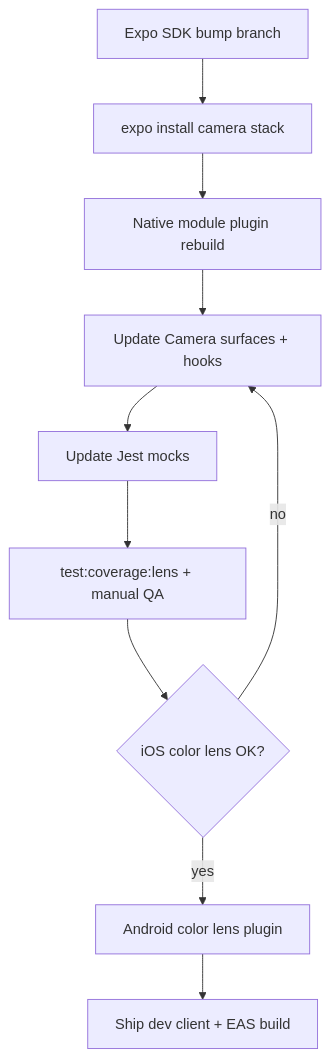
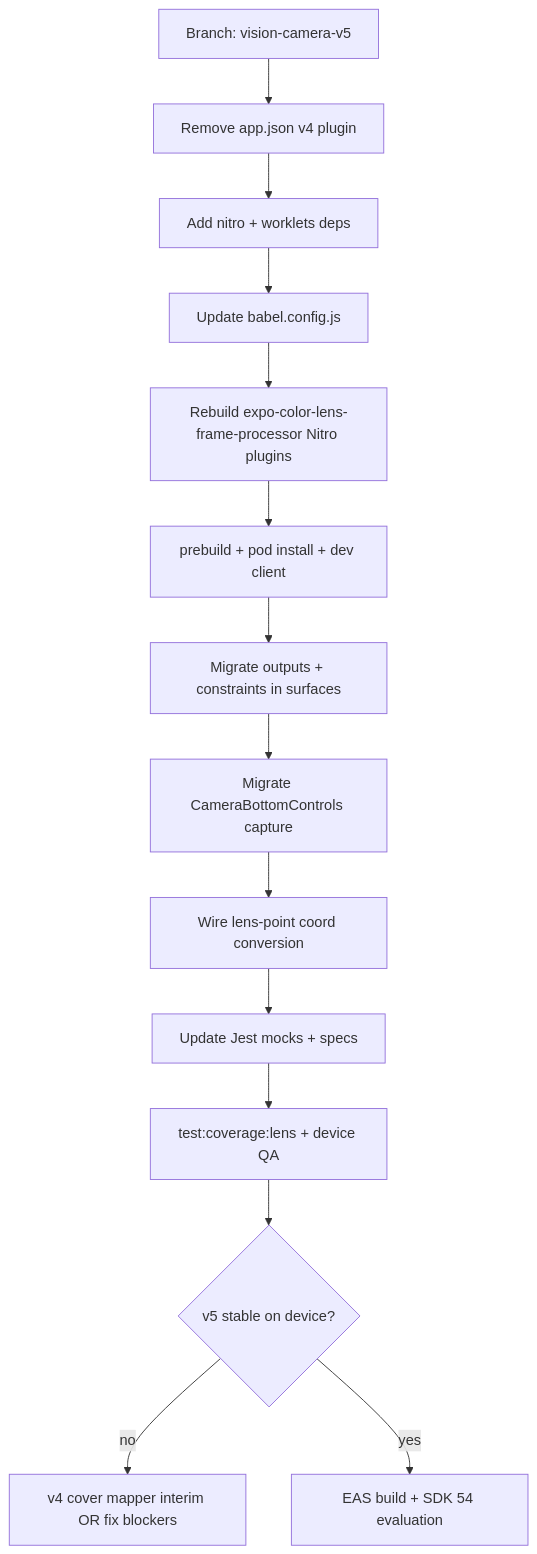
One commit to keithbmccall/affirmations changed the diagram in lib/features/Lens/VISION_CAMERA_V5_MIGRATION.md. Above: the diagram before and after it, drawn with Mermaid. The commit also changed other lines of this file, not shown here.

````diff
--- a/lib/features/Lens/VISION_CAMERA_V5_MIGRATION.md
+++ b/lib/features/Lens/VISION_CAMERA_V5_MIGRATION.md
@@ -81,12 +174,16 @@
 ```mermaid
 flowchart TD
-  A[Expo SDK bump branch] --> B[expo install camera stack]
-  B --> C[Native module plugin rebuild]
-  C --> D[Update Camera surfaces + hooks]
-  D --> E[Update Jest mocks]
-  E --> F[test:coverage:lens + manual QA]
-  F --> G{iOS color lens OK?}
-  G -->|yes| H[Android color lens plugin]
-  G -->|no| D
-  H --> I[Ship dev client + EAS build]
+  A[Branch: vision-camera-v5] --> B[Remove app.json v4 plugin]
+  B --> C[Add nitro + worklets deps]
+  C --> D[Update babel.config.js]
+  D --> E[Rebuild expo-color-lens-frame-processor Nitro plugins]
+  E --> F[prebuild + pod install + dev client]
+  F --> G[Migrate outputs + constraints in surfaces]
+  G --> H[Migrate CameraBottomControls capture]
+  H --> I[Wire lens-point coord conversion]
+  I --> J[Update Jest mocks + specs]
+  J --> K[test:coverage:lens + device QA]
+  K --> L{v5 stable on device?}
+  L -->|no| M[v4 cover mapper interim OR fix blockers]
+  L -->|yes| N[EAS build + SDK 54 evaluation]
 ```
````
